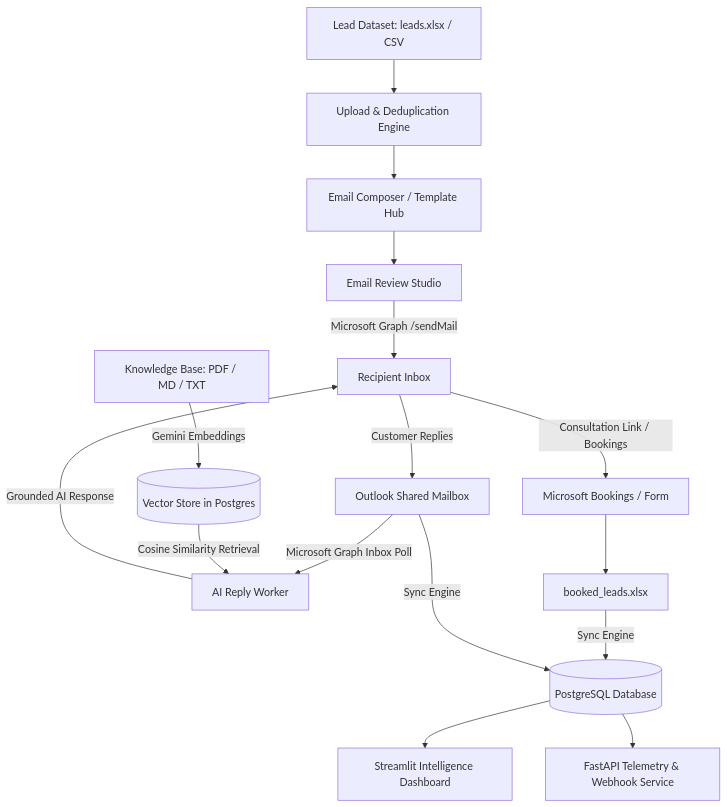
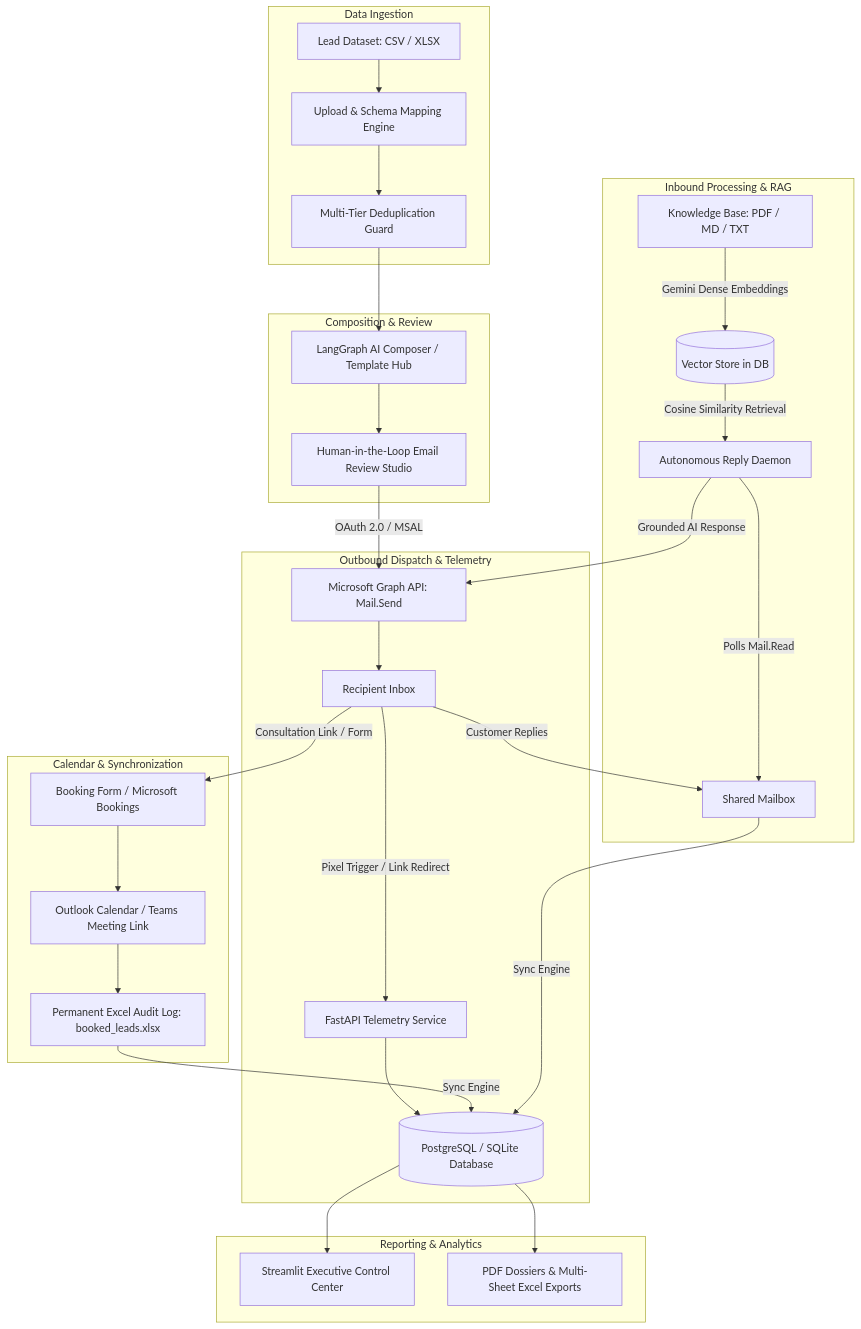
The diagram in README.md (ainenotech/leadbackup), drawn with Mermaid before and after one commit. The commit also changed other lines of this file, not shown here.

````diff
--- a/README.md
+++ b/README.md
@@ -38,18 +45,40 @@
 ```mermaid
 graph TD
-    A[Lead Dataset: leads.xlsx / CSV] --> B[Upload & Deduplication Engine]
-    B --> C[Email Composer / Template Hub]
-    C --> D[Email Review Studio]
-    D -->|Microsoft Graph /sendMail| E[Recipient Inbox]
-    E -->|Customer Replies| F[Outlook Shared Mailbox]
-    F -->|Microsoft Graph Inbox Poll| G[AI Reply Worker]
-    H[Knowledge Base: PDF / MD / TXT] -->|Gemini Embeddings| I[(Vector Store in Postgres)]
-    I -->|Cosine Similarity Retrieval| G
-    G -->|Grounded AI Response| E
-    E -->|Consultation Link / Bookings| J[Microsoft Bookings / Form]
-    J --> K[booked_leads.xlsx]
-    K -->|Sync Engine| L[(PostgreSQL Database)]
-    F -->|Sync Engine| L
-    L --> M[Streamlit Intelligence Dashboard]
-    L --> N[FastAPI Telemetry & Webhook Service]
+    subgraph Data Ingestion
+        A[Lead Dataset: CSV / XLSX] --> B[Upload & Schema Mapping Engine]
+        B --> C[Multi-Tier Deduplication Guard]
+    end
+
+    subgraph Composition & Review
+        C --> D[LangGraph AI Composer / Template Hub]
+        D --> E[Human-in-the-Loop Email Review Studio]
+    end
+
+    subgraph Outbound Dispatch & Telemetry
+        E -->|OAuth 2.0 / MSAL| F[Microsoft Graph API: Mail.Send]
+        F --> G[Recipient Inbox]
+        G -->|Pixel Trigger / Link Redirect| H[FastAPI Telemetry Service]
+        H --> I[(PostgreSQL / SQLite Database)]
+    end
+
+    subgraph Inbound Processing & RAG
+        G -->|Customer Replies| J[Shared Mailbox]
+        K[Autonomous Reply Daemon] -->|Polls Mail.Read| J
+        L[Knowledge Base: PDF / MD / TXT] -->|Gemini Dense Embeddings| M[(Vector Store in DB)]
+        M -->|Cosine Similarity Retrieval| K
+        K -->|Grounded AI Response| F
+    end
+
+    subgraph Calendar & Synchronization
+        G -->|Consultation Link / Form| N[Booking Form / Microsoft Bookings]
+        N --> O[Outlook Calendar / Teams Meeting Link]
+        O --> P[Permanent Excel Audit Log: booked_leads.xlsx]
+        P -->|Sync Engine| I
+        J -->|Sync Engine| I
+    end
+
+    subgraph Reporting & Analytics
+        I --> Q[Streamlit Executive Control Center]
+        I --> R[PDF Dossiers & Multi-Sheet Excel Exports]
+    end
 ```
````
